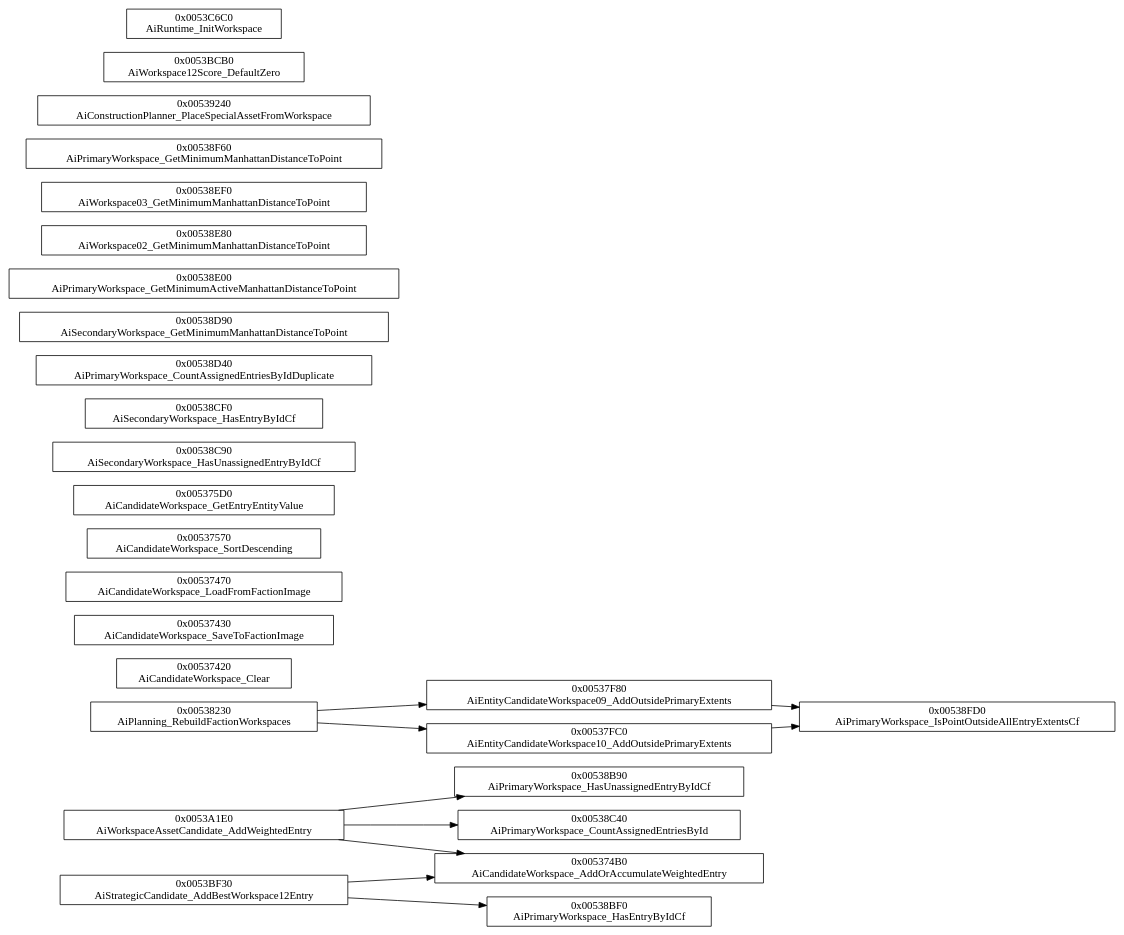
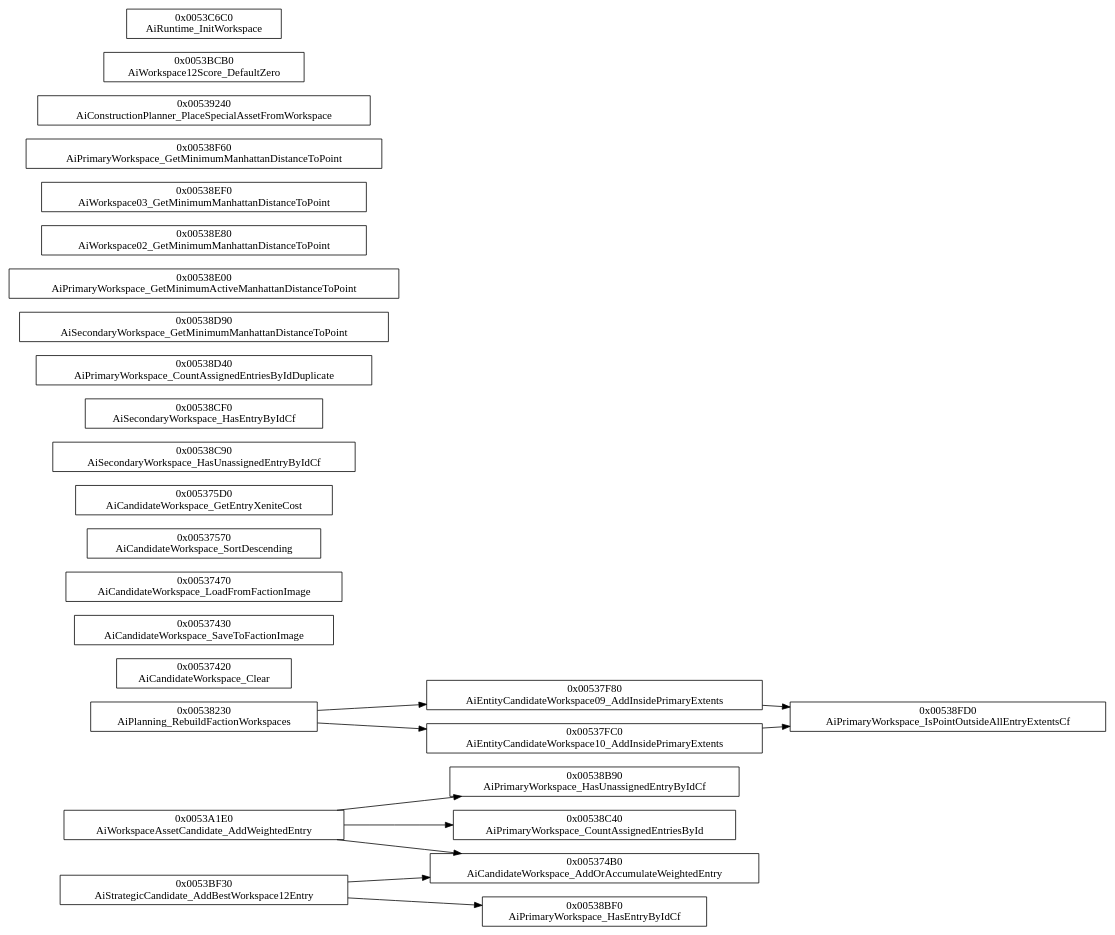
One commit to idkFoxes/open-thandor changed the diagram in docs/callgraphs/gameplay/ai/workspaces.dot. Above: the diagram before and after it, drawn with Graphviz. The commit also changed 107 other files, not shown here.

```diff
--- a/docs/callgraphs/gameplay/ai/workspaces.dot
+++ b/docs/callgraphs/gameplay/ai/workspaces.dot
@@ -1,39 +1,39 @@
 digraph thandor {
   rankdir=LR;
   node [shape=box];
   "AiWorkspaceAssetCandidate_AddWeightedEntry" [label="0x0053A1E0\nAiWorkspaceAssetCandidate_AddWeightedEntry"];
   "AiPlanning_RebuildFactionWorkspaces" [label="0x00538230\nAiPlanning_RebuildFactionWorkspaces"];
   "AiStrategicCandidate_AddBestWorkspace12Entry" [label="0x0053BF30\nAiStrategicCandidate_AddBestWorkspace12Entry"];
   "AiCandidateWorkspace_Clear" [label="0x00537420\nAiCandidateWorkspace_Clear"];
   "AiCandidateWorkspace_SaveToFactionImage" [label="0x00537430\nAiCandidateWorkspace_SaveToFactionImage"];
   "AiCandidateWorkspace_LoadFromFactionImage" [label="0x00537470\nAiCandidateWorkspace_LoadFromFactionImage"];
   "AiCandidateWorkspace_SortDescending" [label="0x00537570\nAiCandidateWorkspace_SortDescending"];
-  "AiCandidateWorkspace_GetEntryEntityValue" [label="0x005375D0\nAiCandidateWorkspace_GetEntryEntityValue"];
+  "AiCandidateWorkspace_GetEntryXeniteCost" [label="0x005375D0\nAiCandidateWorkspace_GetEntryXeniteCost"];
   "AiSecondaryWorkspace_HasUnassignedEntryById" [label="0x00538C90\nAiSecondaryWorkspace_HasUnassignedEntryByIdCf"];
   "AiSecondaryWorkspace_HasEntryById" [label="0x00538CF0\nAiSecondaryWorkspace_HasEntryByIdCf"];
   "AiPrimaryWorkspace_CountAssignedEntriesByIdDuplicate" [label="0x00538D40\nAiPrimaryWorkspace_CountAssignedEntriesByIdDuplicate"];
   "AiSecondaryWorkspace_GetMinimumManhattanDistanceToPoint" [label="0x00538D90\nAiSecondaryWorkspace_GetMinimumManhattanDistanceToPoint"];
   "AiPrimaryWorkspace_GetMinimumActiveManhattanDistanceToPoint" [label="0x00538E00\nAiPrimaryWorkspace_GetMinimumActiveManhattanDistanceToPoint"];
   "AiWorkspace02_GetMinimumManhattanDistanceToPoint" [label="0x00538E80\nAiWorkspace02_GetMinimumManhattanDistanceToPoint"];
   "AiWorkspace03_GetMinimumManhattanDistanceToPoint" [label="0x00538EF0\nAiWorkspace03_GetMinimumManhattanDistanceToPoint"];
   "AiPrimaryWorkspace_GetMinimumManhattanDistanceToPoint" [label="0x00538F60\nAiPrimaryWorkspace_GetMinimumManhattanDistanceToPoint"];
   "AiConstructionPlanner_PlaceSpecialAssetFromWorkspace" [label="0x00539240\nAiConstructionPlanner_PlaceSpecialAssetFromWorkspace"];
   "AiWorkspace12Score_DefaultZero" [label="0x0053BCB0\nAiWorkspace12Score_DefaultZero"];
   "AiRuntime_InitWorkspace" [label="0x0053C6C0\nAiRuntime_InitWorkspace"];
-  "AiEntityCandidateWorkspace09_AddOutsidePrimaryExtents" [label="0x00537F80\nAiEntityCandidateWorkspace09_AddOutsidePrimaryExtents"];
-  "AiEntityCandidateWorkspace10_AddOutsidePrimaryExtents" [label="0x00537FC0\nAiEntityCandidateWorkspace10_AddOutsidePrimaryExtents"];
+  "AiEntityCandidateWorkspace09_AddInsidePrimaryExtents" [label="0x00537F80\nAiEntityCandidateWorkspace09_AddInsidePrimaryExtents"];
+  "AiEntityCandidateWorkspace10_AddInsidePrimaryExtents" [label="0x00537FC0\nAiEntityCandidateWorkspace10_AddInsidePrimaryExtents"];
   "AiPrimaryWorkspace_HasUnassignedEntryById" [label="0x00538B90\nAiPrimaryWorkspace_HasUnassignedEntryByIdCf"];
   "AiPrimaryWorkspace_HasEntryById" [label="0x00538BF0\nAiPrimaryWorkspace_HasEntryByIdCf"];
   "AiPrimaryWorkspace_CountAssignedEntriesById" [label="0x00538C40\nAiPrimaryWorkspace_CountAssignedEntriesById"];
   "AiCandidateWorkspace_AddOrAccumulateWeightedEntry" [label="0x005374B0\nAiCandidateWorkspace_AddOrAccumulateWeightedEntry"];
   "AiPrimaryWorkspace_IsPointOutsideAllEntryExtents" [label="0x00538FD0\nAiPrimaryWorkspace_IsPointOutsideAllEntryExtentsCf"];
   "AiWorkspaceAssetCandidate_AddWeightedEntry" -> "AiPrimaryWorkspace_HasUnassignedEntryById";
   "AiWorkspaceAssetCandidate_AddWeightedEntry" -> "AiPrimaryWorkspace_CountAssignedEntriesById";
   "AiWorkspaceAssetCandidate_AddWeightedEntry" -> "AiCandidateWorkspace_AddOrAccumulateWeightedEntry";
-  "AiPlanning_RebuildFactionWorkspaces" -> "AiEntityCandidateWorkspace09_AddOutsidePrimaryExtents";
-  "AiPlanning_RebuildFactionWorkspaces" -> "AiEntityCandidateWorkspace10_AddOutsidePrimaryExtents";
+  "AiPlanning_RebuildFactionWorkspaces" -> "AiEntityCandidateWorkspace09_AddInsidePrimaryExtents";
+  "AiPlanning_RebuildFactionWorkspaces" -> "AiEntityCandidateWorkspace10_AddInsidePrimaryExtents";
   "AiStrategicCandidate_AddBestWorkspace12Entry" -> "AiPrimaryWorkspace_HasEntryById";
   "AiStrategicCandidate_AddBestWorkspace12Entry" -> "AiCandidateWorkspace_AddOrAccumulateWeightedEntry";
-  "AiEntityCandidateWorkspace09_AddOutsidePrimaryExtents" -> "AiPrimaryWorkspace_IsPointOutsideAllEntryExtents";
-  "AiEntityCandidateWorkspace10_AddOutsidePrimaryExtents" -> "AiPrimaryWorkspace_IsPointOutsideAllEntryExtents";
+  "AiEntityCandidateWorkspace09_AddInsidePrimaryExtents" -> "AiPrimaryWorkspace_IsPointOutsideAllEntryExtents";
+  "AiEntityCandidateWorkspace10_AddInsidePrimaryExtents" -> "AiPrimaryWorkspace_IsPointOutsideAllEntryExtents";
 }
```
